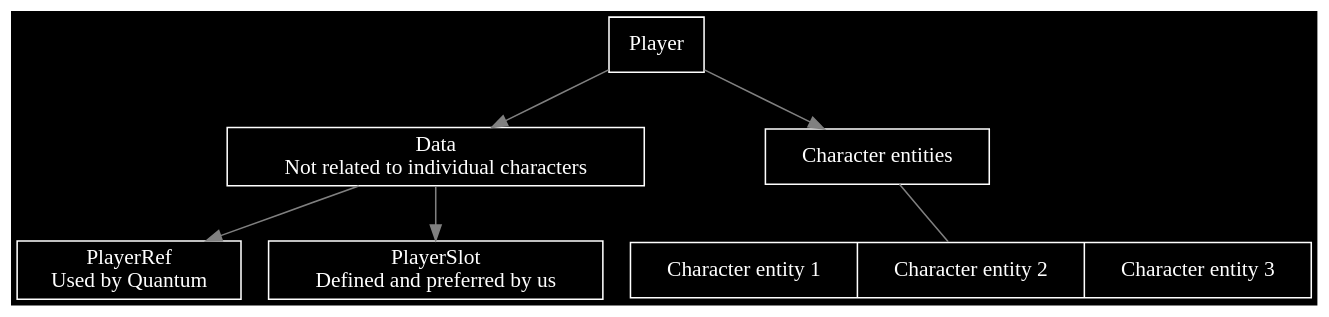
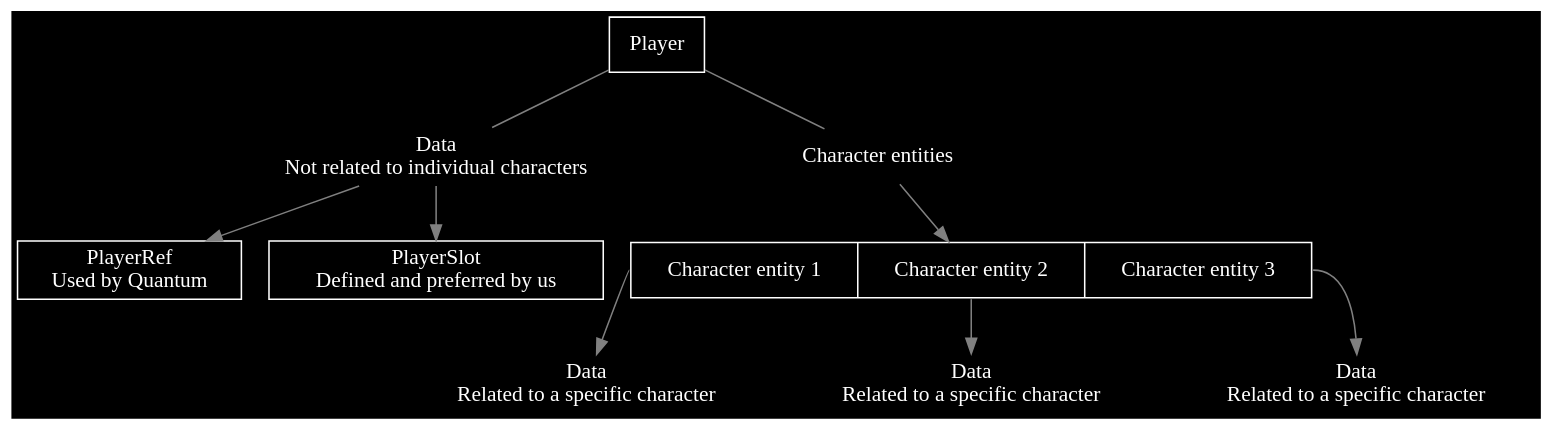
Before and after one commit to Alt-Org/Altzone: the first of 8 diagrams in Doc/Doxygen/Battle/additional-documentation/pages/1-concepts-player-.md, drawn with Graphviz. The commit also changed other lines of this file, not shown here.

Commit message:
Battle 1-concepts-player-.md: Updated documentation

````diff
--- a/Doc/Doxygen/Battle/additional-documentation/pages/1-concepts-player-.md
+++ b/Doc/Doxygen/Battle/additional-documentation/pages/1-concepts-player-.md
@@ -16,21 +16,31 @@
 ```dot
 digraph Player {
   color=white;
   fontcolor=white;
   bgcolor=black;
 
   node [shape=box, style=filled, color=white, fontcolor=white, fillcolor=black];
   edge [color=gray];
 
   Player              [label="Player"];
-  Data                [label="Data\nNot related to individual characters"];
+  Data                [label="Data\nNot related to individual characters", color="transparent"];
   PlayerRef           [label="PlayerRef\nUsed by Quantum"];
   PlayerSlot          [label="PlayerSlot\nDefined and preferred by us"];
-  CharacterEntities   [label="Character entities"];
-  CharacterEntityList [label="Character entity 1 | Character entity 2 | Character entity 3", shape=record];
+  CharacterEntities   [label="Character entities", color="transparent"];
+  CharacterEntityList [label="<0> Character entity 1 | <1> Character entity 2 | <2> Character entity 3", shape=record];
 
-  Player -> Data -> PlayerRef, PlayerSlot;
-  Player -> CharacterEntities;
-  CharacterEntities -> CharacterEntityList [dir=none];
+  node [color="transparent"];
+
+  CharacterData1      [label="Data\nRelated to a specific character"];
+  CharacterData2      [label="Data\nRelated to a specific character"];
+  CharacterData3      [label="Data\nRelated to a specific character"];
+
+  Player -> Data [dir=none];
+  Data -> PlayerRef, PlayerSlot;
+  Player -> CharacterEntities [dir=none];
+  CharacterEntities -> CharacterEntityList;
+  CharacterEntityList:0 -> CharacterData1;
+  CharacterEntityList:1 -> CharacterData2;
+  CharacterEntityList:2 -> CharacterData3;
 }
 ```
````
